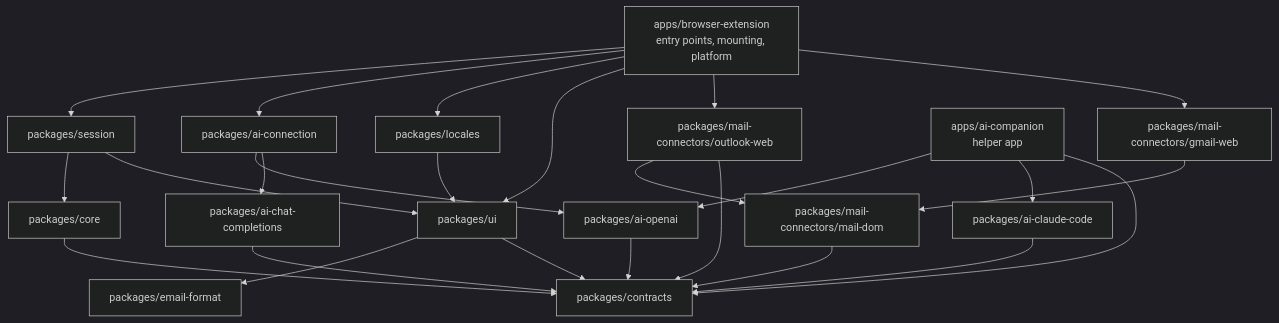
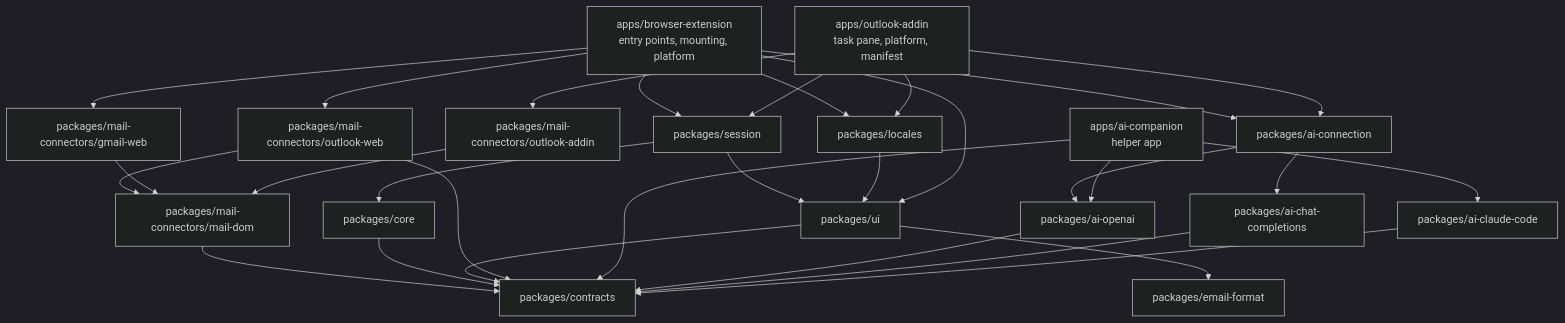
One commit to dervisgenc/writehand changed the diagram in docs/DEVELOPMENT.md. Above: the diagram before and after it, drawn with Mermaid (dark theme). The commit also changed other lines of this file and 77 other files, not shown here.

````diff
--- a/docs/DEVELOPMENT.md
+++ b/docs/DEVELOPMENT.md
@@ -98,27 +100,32 @@
 ```mermaid
 flowchart TD
     EXT[apps/browser-extension<br/>entry points, mounting, platform] --> SESSION[packages/session]
     EXT --> AICONN[packages/ai-connection]
     EXT --> LOCALES[packages/locales]
     SESSION --> CORE[packages/core]
     SESSION --> UI
     LOCALES --> UI
     EXT --> UI[packages/ui]
     EXT --> MAIL[packages/mail-connectors/outlook-web]
     EXT --> GMAIL[packages/mail-connectors/gmail-web]
     MAIL --> DOM[packages/mail-connectors/mail-dom]
     GMAIL --> DOM
+    ADDIN[apps/outlook-addin<br/>task pane, platform, manifest] --> SESSION
+    ADDIN --> AICONN
+    ADDIN --> LOCALES
+    ADDIN --> OFFICE[packages/mail-connectors/outlook-addin]
+    OFFICE --> DOM
     DOM --> CONTRACTS
     UI --> FORMAT[packages/email-format]
     CORE --> CONTRACTS[packages/contracts]
     UI --> CONTRACTS
     MAIL --> CONTRACTS
     AICONN --> OPENAI
     AICONN --> CHAT[packages/ai-chat-completions]
     HOST[apps/ai-companion<br/>helper app] --> OPENAI[packages/ai-openai]
     HOST --> CLAUDE[packages/ai-claude-code]
     HOST --> CONTRACTS
     OPENAI --> CONTRACTS
     CHAT --> CONTRACTS
     CLAUDE --> CONTRACTS
 ```
````
